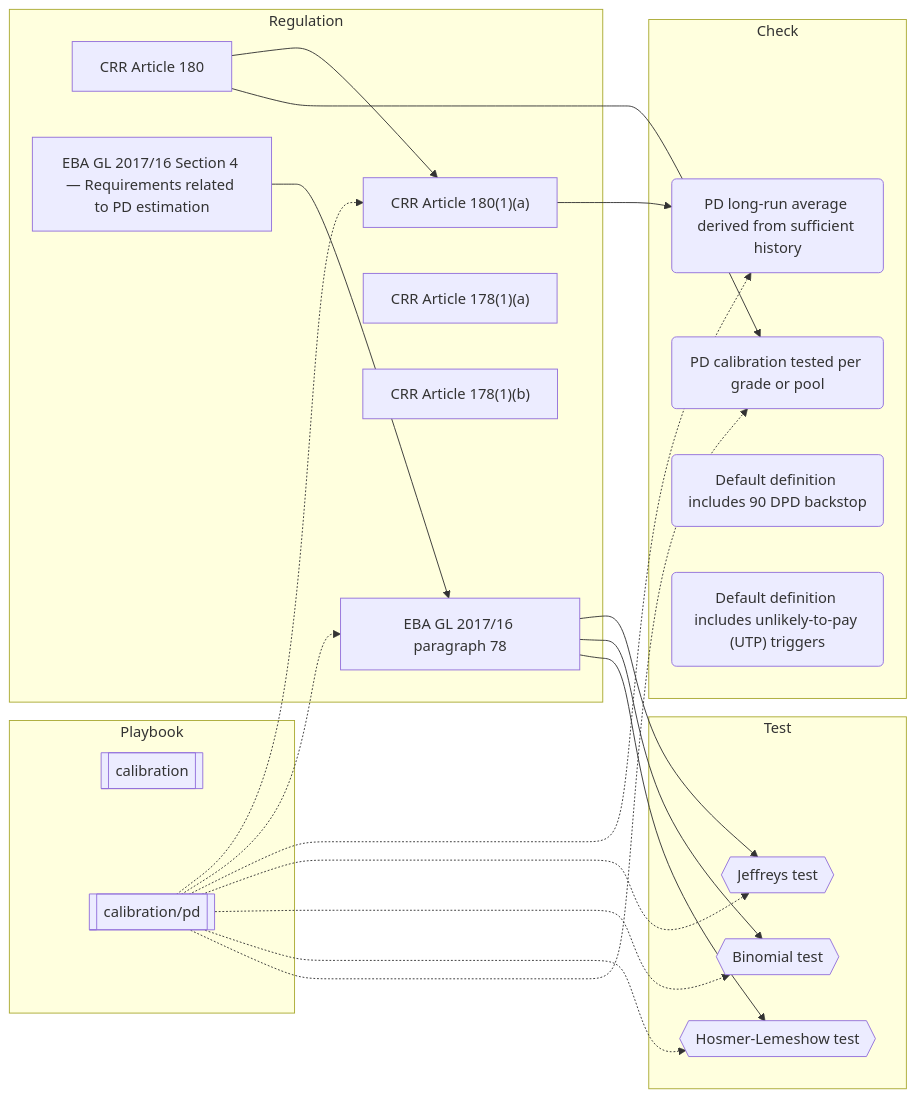
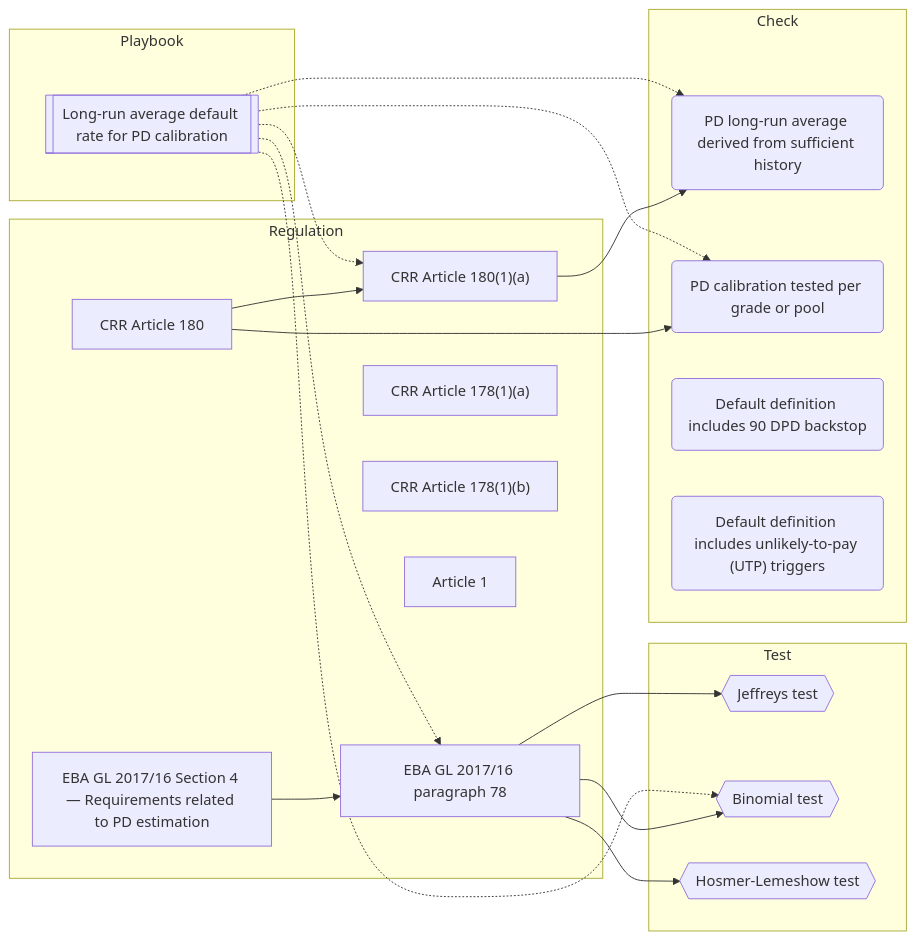
The diagram in docs/corpus/graph.md (rhozacc/prudent-mcp), drawn with Mermaid before and after one commit. The commit also changed 69 other files, not shown here.

````diff
--- a/docs/corpus/graph.md
+++ b/docs/corpus/graph.md
@@ -18,40 +18,38 @@
 ```mermaid
 flowchart LR
   subgraph Regulation
     regulation___crr_180["CRR Article 180"]
     regulation___crr_180_1_a["CRR Article 180(1)(a)"]
     regulation___eba_gl_2017_16_s4["EBA GL 2017/16 Section 4 — Requirements related to PD estimation"]
     regulation___eba_gl_2017_16_78["EBA GL 2017/16 paragraph 78"]
     regulation___crr_178_1_a["CRR Article 178(1)(a)"]
     regulation___crr_178_1_b["CRR Article 178(1)(b)"]
+    regulation___crr_amending_demo_art_1["Article 1"]
   end
   subgraph Check
     check___calibration_pd_lra_derived("PD long-run average derived from sufficient history")
     check___calibration_pd_segment_tested("PD calibration tested per grade or pool")
     check___default_definition_90dpd("Default definition includes 90 DPD backstop")
     check___default_definition_utp("Default definition includes unlikely-to-pay (UTP) triggers")
   end
   subgraph Test
     test___jeffreys{{"Jeffreys test"}}
     test___binomial{{"Binomial test"}}
     test___hosmer_lemeshow{{"Hosmer-Lemeshow test"}}
   end
   subgraph Playbook
-    playbook___calibration[["calibration"]]
-    playbook___calibration_pd[["calibration/pd"]]
+    playbook___pd_long_run_average[["Long-run average default rate for PD calibration"]]
   end
   regulation___crr_180 --> regulation___crr_180_1_a
   regulation___crr_180 --> check___calibration_pd_segment_tested
   regulation___crr_180_1_a --> check___calibration_pd_lra_derived
   regulation___eba_gl_2017_16_s4 --> regulation___eba_gl_2017_16_78
   regulation___eba_gl_2017_16_78 --> test___jeffreys
   regulation___eba_gl_2017_16_78 --> test___binomial
   regulation___eba_gl_2017_16_78 --> test___hosmer_lemeshow
-  playbook___calibration_pd -.-> regulation___crr_180_1_a
-  playbook___calibration_pd -.-> regulation___eba_gl_2017_16_78
-  playbook___calibration_pd -.-> check___calibration_pd_lra_derived
-  playbook___calibration_pd -.-> test___jeffreys
-  playbook___calibration_pd -.-> test___binomial
-  playbook___calibration_pd -.-> test___hosmer_lemeshow
-  playbook___calibration_pd -.-> check___calibration_pd_segment_tested
+  playbook___pd_long_run_average -.-> regulation___crr_180_1_a
+  playbook___pd_long_run_average -.-> regulation___eba_gl_2017_16_78
+  playbook___pd_long_run_average -.-> check___calibration_pd_lra_derived
+  playbook___pd_long_run_average -.-> check___calibration_pd_segment_tested
+  playbook___pd_long_run_average -.-> test___binomial
 ```
````
